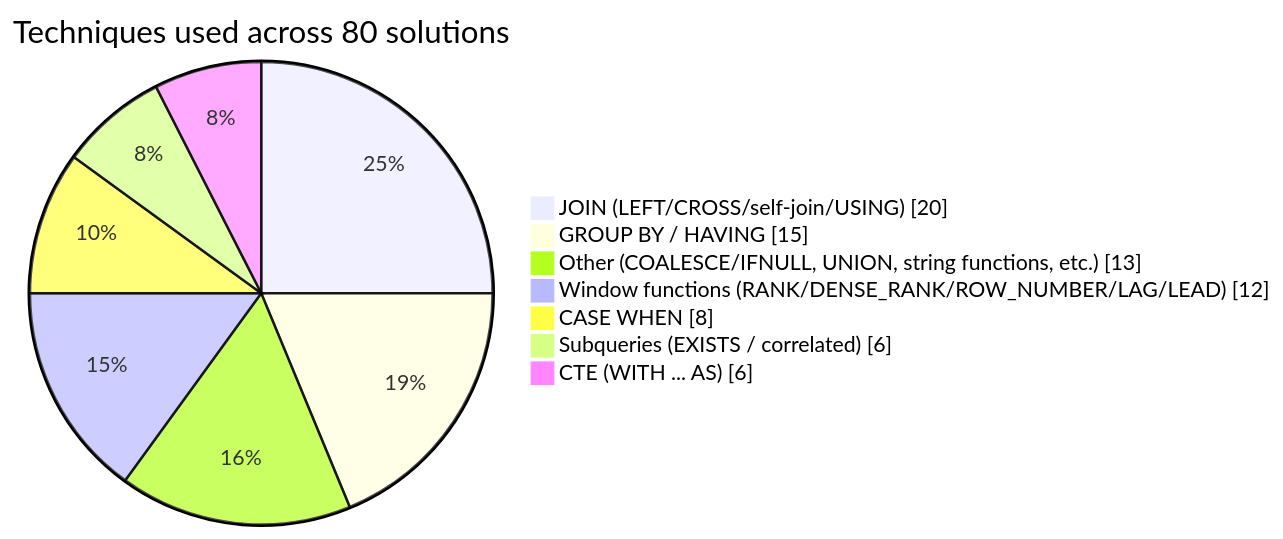
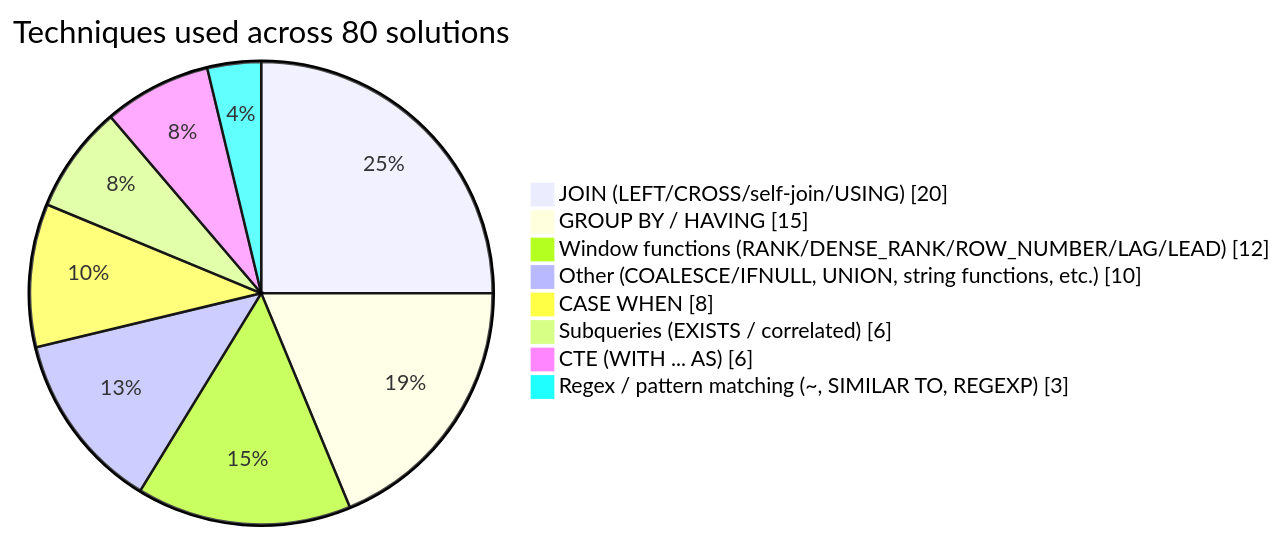
The diagram in README.md (ruhlanrzayev/LeetCode_SQL_Problems), drawn with Mermaid before and after one commit.

Commit message:
chore: auto-update technique breakdown chart

````diff
--- a/README.md
+++ b/README.md
@@ -11,11 +11,12 @@
 ```mermaid
 pie showData
     title Techniques used across 80 solutions
     "JOIN (LEFT/CROSS/self-join/USING)" : 20
     "GROUP BY / HAVING" : 15
-    "Other (COALESCE/IFNULL, UNION, string functions, etc.)" : 13
     "Window functions (RANK/DENSE_RANK/ROW_NUMBER/LAG/LEAD)" : 12
+    "Other (COALESCE/IFNULL, UNION, string functions, etc.)" : 10
     "CASE WHEN" : 8
     "Subqueries (EXISTS / correlated)" : 6
     "CTE (WITH ... AS)" : 6
+    "Regex / pattern matching (~, SIMILAR TO, REGEXP)" : 3
 ```
````
